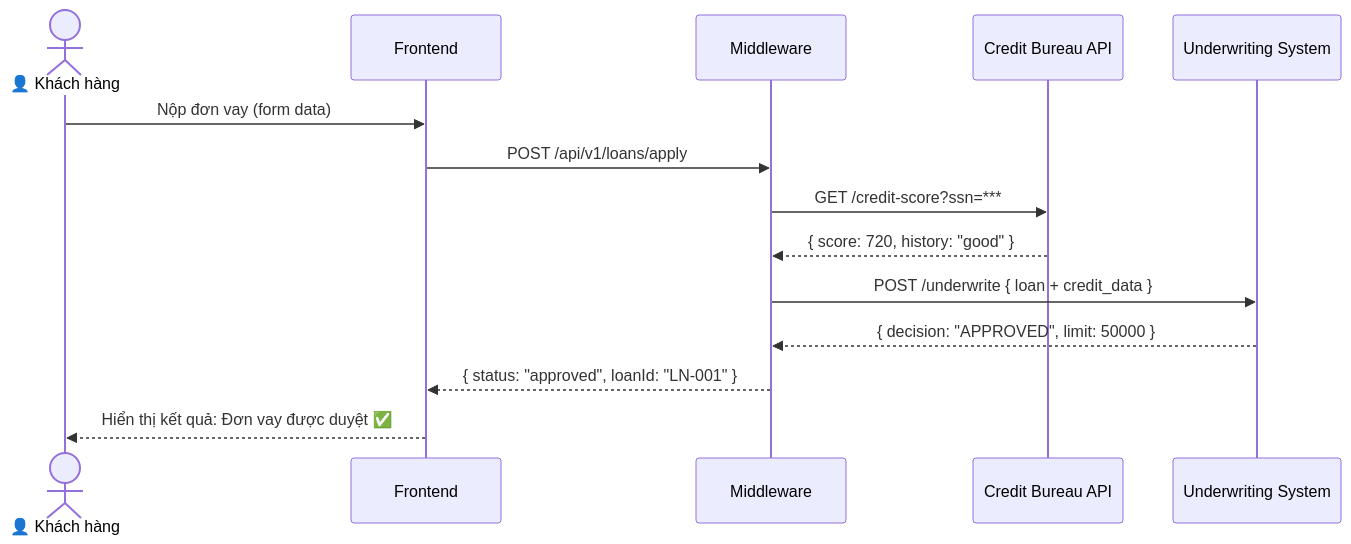
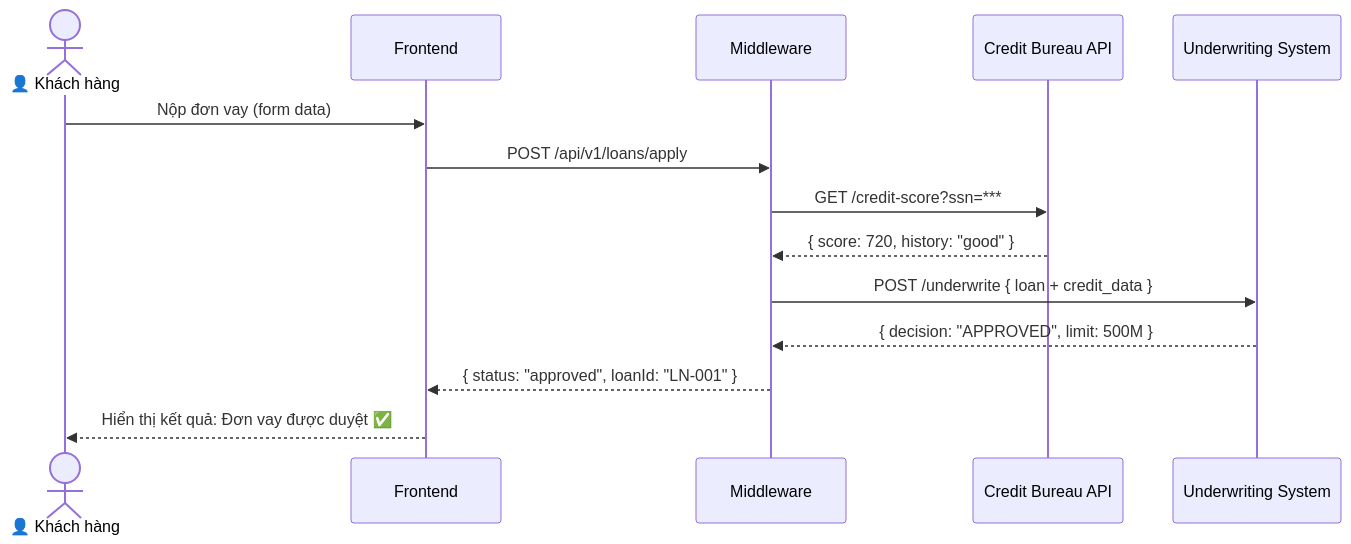
One commit to Le-Ngoc-Tu/custom_agent_agy changed the sixth of 6 diagrams in README.md. Above: the diagram before and after it, drawn with Mermaid. The commit also changed other lines of this file and 1 other file, not shown here.

````diff
--- a/README.md
+++ b/README.md
@@ -399,17 +361,17 @@
 ```mermaid
 sequenceDiagram
-    actor User as 👤 Khách hàng
+    actor Customer as 👤 Khách hàng
     participant FE as Frontend
     participant MW as Middleware
     participant CB as Credit Bureau API
     participant UW as Underwriting System
 
-    User->>FE: Nộp đơn vay (form data)
+    Customer->>FE: Nộp đơn vay (form data)
     FE->>MW: POST /api/v1/loans/apply
     MW->>CB: GET /credit-score?ssn=***
     CB-->>MW: { score: 720, history: "good" }
     MW->>UW: POST /underwrite { loan + credit_data }
-    UW-->>MW: { decision: "APPROVED", limit: 50000 }
+    UW-->>MW: { decision: "APPROVED", limit: 500M }
     MW-->>FE: { status: "approved", loanId: "LN-001" }
-    FE-->>User: Hiển thị kết quả: Đơn vay được duyệt ✅
+    FE-->>Customer: Hiển thị kết quả: Đơn vay được duyệt ✅
 ```
````
